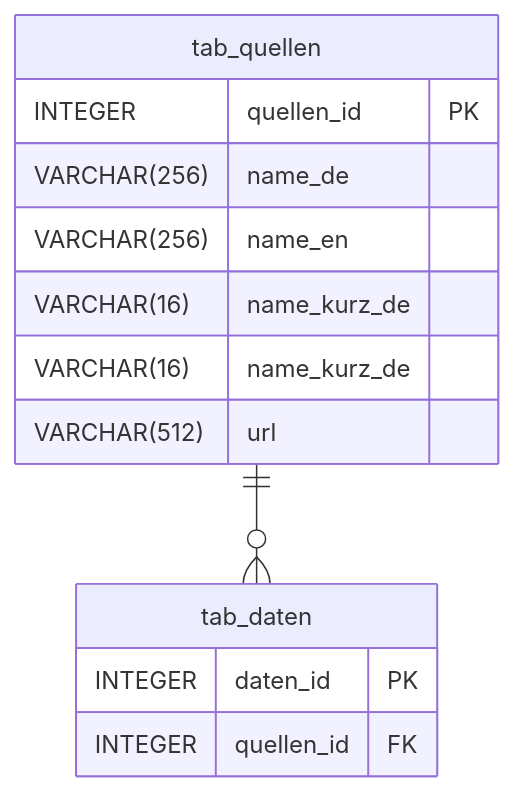
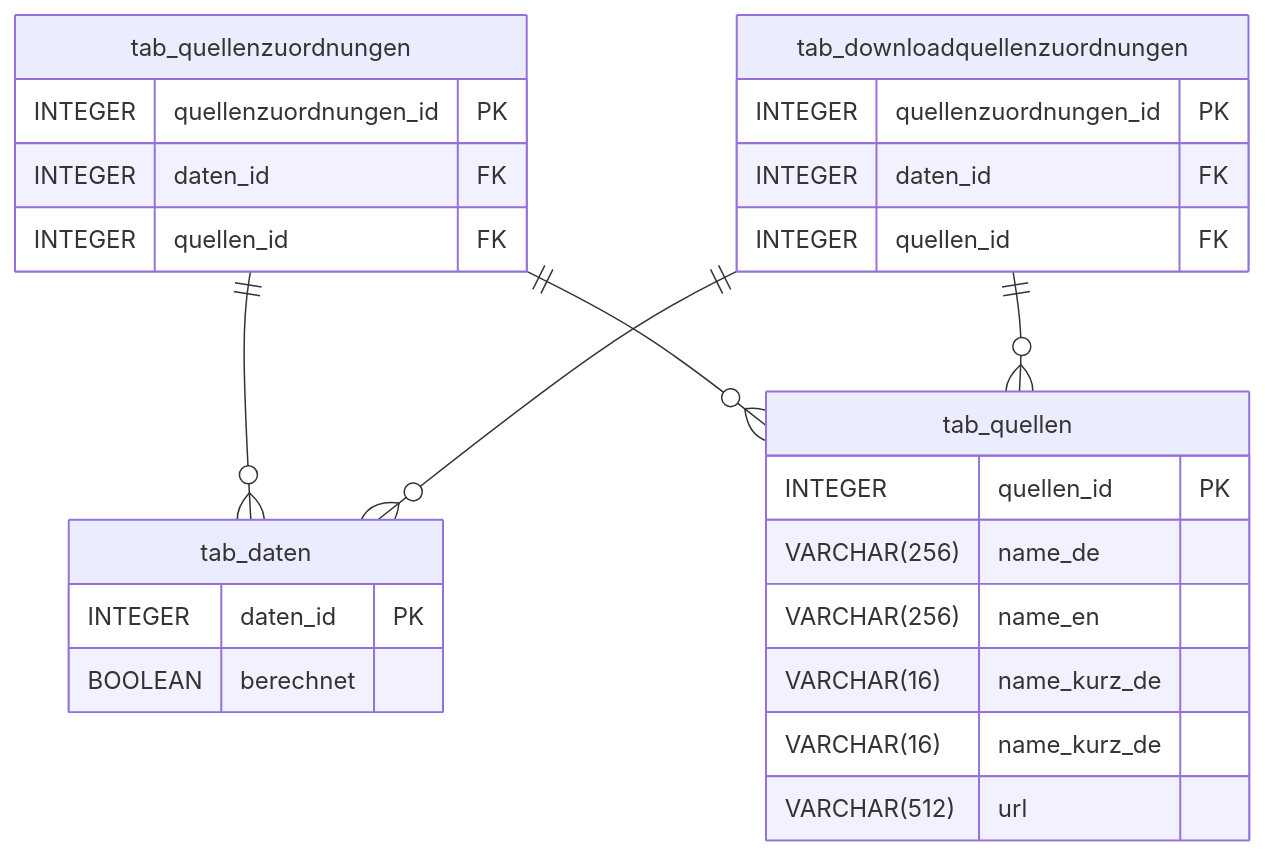
Before and after one commit to CR1337/intstat-redesign: the third of 5 diagrams in templates/documentation/02_content_features.md, drawn with Mermaid. The commit also changed other lines of this file and 6 other files, not shown here.

````diff
--- a/templates/documentation/02_content_features.md
+++ b/templates/documentation/02_content_features.md
@@ -59,18 +59,34 @@
 ```mermaid
 erDiagram
     tab_daten {
         INTEGER daten_id PK
-        INTEGER quellen_id FK
+        BOOLEAN berechnet
     }
 
     tab_quellen {
         INTEGER quellen_id PK
         VARCHAR(256) name_de
         VARCHAR(256) name_en
         VARCHAR(16) name_kurz_de
         VARCHAR(16) name_kurz_de
         VARCHAR(512) url
     }
 
-    tab_quellen ||--o{ tab_daten : ""
+    tab_quellenzuordnungen {
+        INTEGER quellenzuordnungen_id PK
+        INTEGER daten_id FK
+        INTEGER quellen_id FK
+    }
+
+    tab_downloadquellenzuordnungen {
+        INTEGER quellenzuordnungen_id PK
+        INTEGER daten_id FK
+        INTEGER quellen_id FK
+    }
+
+    tab_quellenzuordnungen ||--o{ tab_daten : ""
+    tab_quellenzuordnungen ||--o{ tab_quellen : ""
+
+    tab_downloadquellenzuordnungen ||--o{ tab_daten : ""
+    tab_downloadquellenzuordnungen ||--o{ tab_quellen : ""
 ```
````
